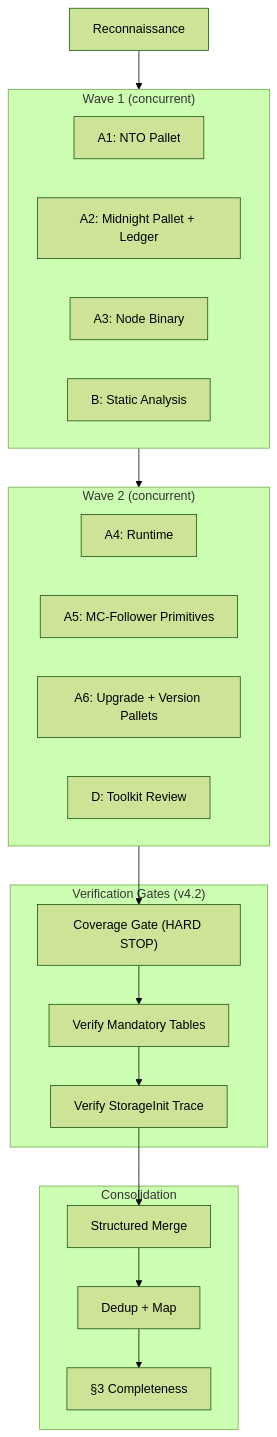
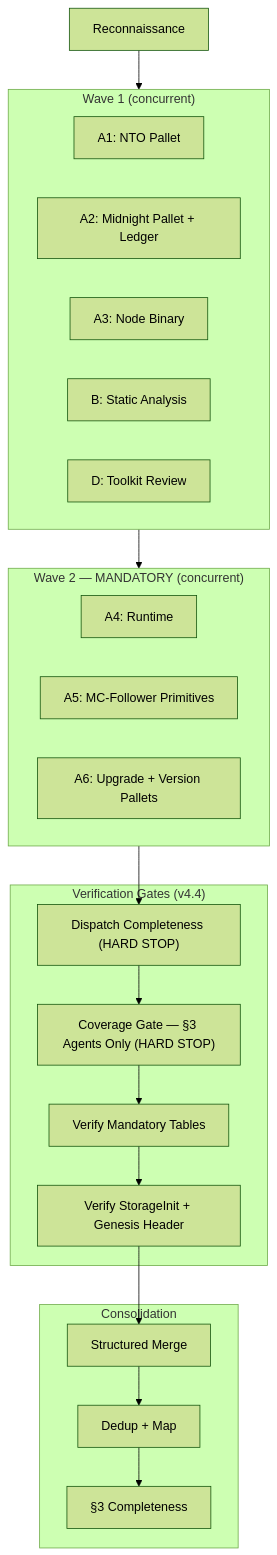
Before and after one commit to m2ux/workflow-server: the second of 6 diagrams in substrate-node-security-audit/README.md, drawn with Mermaid (forest theme). The commit also changed other lines of this file, not shown here.

````diff
--- a/substrate-node-security-audit/README.md
+++ b/substrate-node-security-audit/README.md
@@ -88,38 +90,39 @@
 ```mermaid
 graph TD
     RECON[Reconnaissance] --> W1
 
     subgraph W1["Wave 1 (concurrent)"]
         A1["A1: NTO Pallet"]
         A2["A2: Midnight Pallet + Ledger"]
         A3["A3: Node Binary"]
         B1["B: Static Analysis"]
+        D1["D: Toolkit Review"]
     end
 
     W1 --> W2
 
-    subgraph W2["Wave 2 (concurrent)"]
+    subgraph W2["Wave 2 — MANDATORY (concurrent)"]
         A4["A4: Runtime"]
         A5["A5: MC-Follower Primitives"]
         A6["A6: Upgrade + Version Pallets"]
-        D1["D: Toolkit Review"]
     end
 
-    W2 --> COV
+    W2 --> DISPATCH_CHECK
 
-    subgraph verification["Verification Gates (v4.2)"]
-        COV["Coverage Gate (HARD STOP)"]
+    subgraph verification["Verification Gates (v4.4)"]
+        DISPATCH_CHECK["Dispatch Completeness (HARD STOP)"]
+        COV["Coverage Gate — §3 Agents Only (HARD STOP)"]
         VTBL["Verify Mandatory Tables"]
-        VSTO["Verify StorageInit Trace"]
+        VSTO["Verify StorageInit + Genesis Header"]
     end
 
-    COV --> VTBL --> VSTO --> MERGE
+    DISPATCH_CHECK --> COV --> VTBL --> VSTO --> MERGE
 
     subgraph consolidation[Consolidation]
         MERGE[Structured Merge]
         DEDUP[Dedup + Map]
         CHECK["§3 Completeness"]
     end
 
     MERGE --> DEDUP --> CHECK
 ```
````
